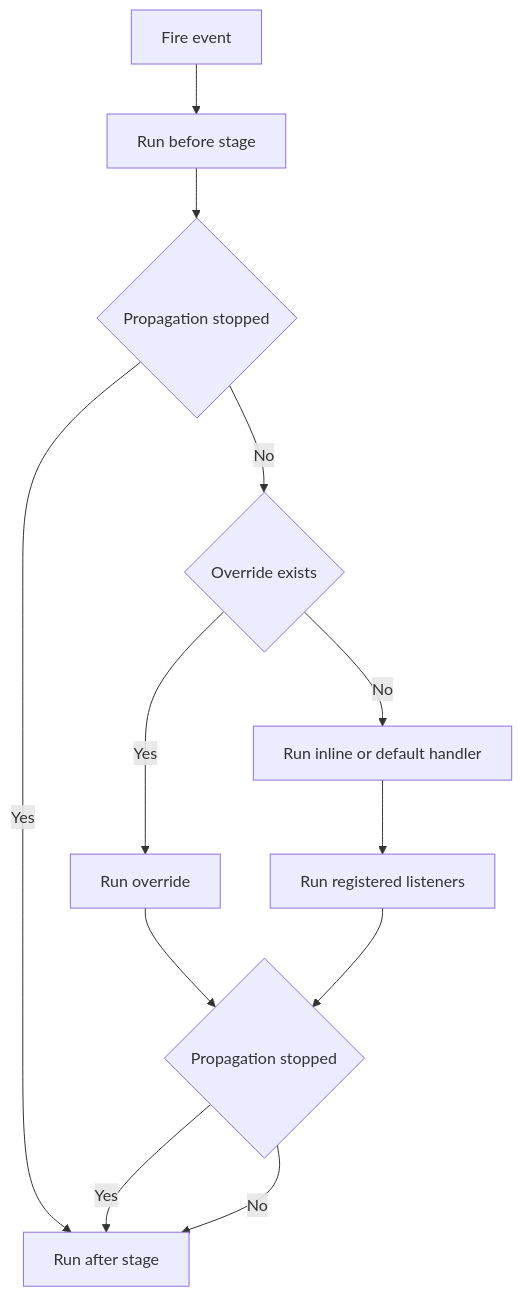
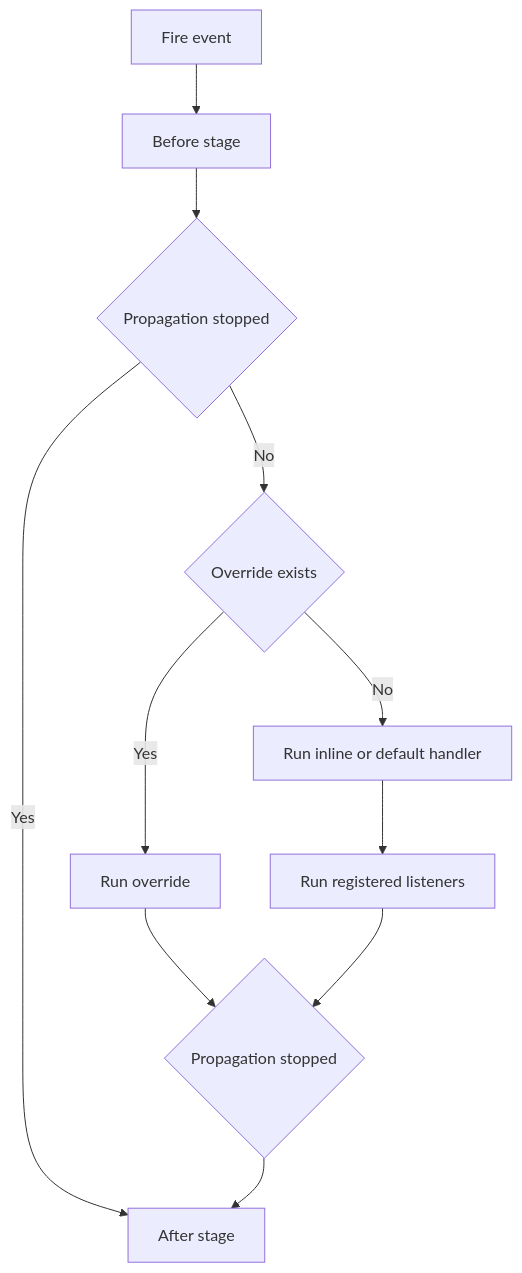
One commit to shuklasp/spp changed the third of 5 diagrams in documentation/handbook/04-events-and-event-handlers.md. Above: the diagram before and after it, drawn with Mermaid. The commit also changed other lines of this file, not shown here.

````diff
--- a/documentation/handbook/04-events-and-event-handlers.md
+++ b/documentation/handbook/04-events-and-event-handlers.md
@@ -71,14 +199,13 @@
 ```mermaid
 flowchart TD
-    A[Fire event] --> B[Run before stage]
+    A[Fire event] --> B[Before stage]
     B --> C{Propagation stopped}
-    C -- Yes --> D[Run after stage]
+    C -- Yes --> D[After stage]
     C -- No --> E{Override exists}
     E -- Yes --> F[Run override]
     E -- No --> G[Run inline or default handler]
     G --> H[Run registered listeners]
     F --> I{Propagation stopped}
     H --> I
-    I -- Yes --> D
-    I -- No --> D
+    I --> D[After stage]
 ```
````
